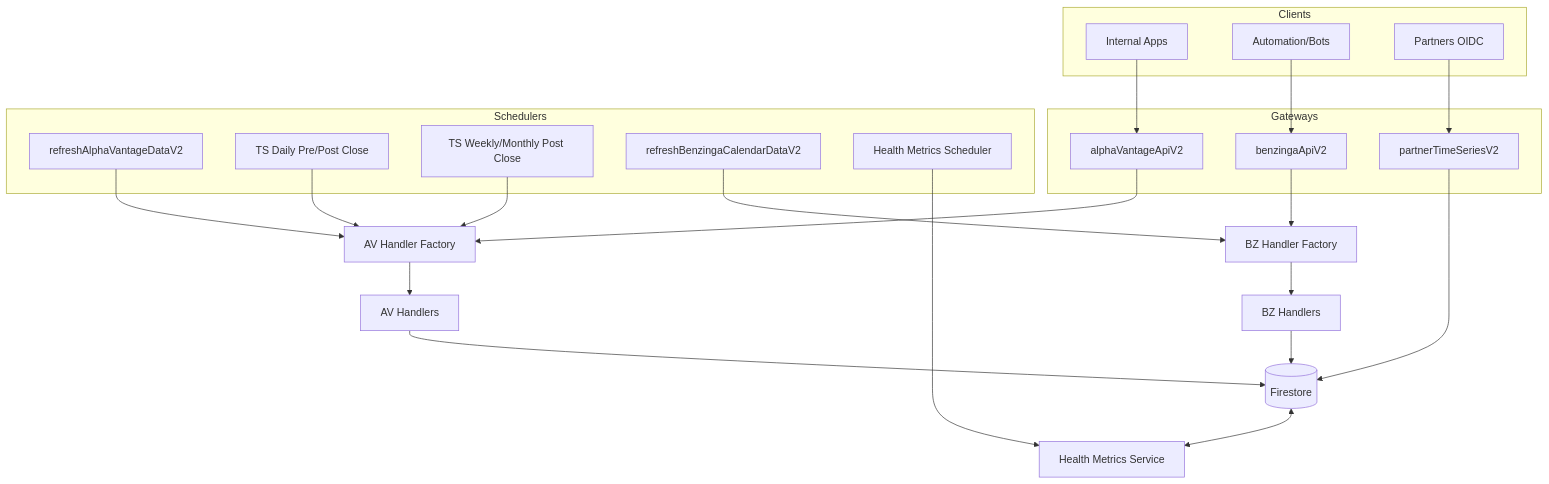
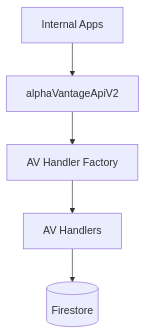
The first of 4 diagrams in docs/operations/backend-functions-overview.md (rinebob/av-proxy-api), drawn with Mermaid before and after one commit. The commit also changed other lines of this file and 3 other files, not shown here.

````diff
--- a/docs/operations/backend-functions-overview.md
+++ b/docs/operations/backend-functions-overview.md
@@ -69,44 +75,7 @@
 ```mermaid
 flowchart TB
-  subgraph Clients
-    A[Internal Apps]
-    B[Automation/Bots]
-    P[Partners OIDC]
-  end
-
-  subgraph Gateways
-    G[alphaVantageApiV2]
-    H[benzingaApiV2]
-    I[partnerTimeSeriesV2]
-  end
-
-  A --> G
-  B --> H
-  P --> I
-
+  A[Internal Apps] --> G[alphaVantageApiV2]
   G --> GF[AV Handler Factory]
-  H --> BF[BZ Handler Factory]
-
   GF --> AH[AV Handlers]
-  BF --> BH[BZ Handlers]
-
   AH --> FS[(Firestore)]
-  BH --> FS
-
-  subgraph Schedulers
-    S1[refreshAlphaVantageDataV2]
-    S2[TS Daily Pre/Post Close]
-    S3[TS Weekly/Monthly Post Close]
-    S4[refreshBenzingaCalendarDataV2]
-    S5[Health Metrics Scheduler]
-  end
-
-  S1 --> GF
-  S2 --> GF
-  S3 --> GF
-  S4 --> BF
-  S5 --> FM[Health Metrics Service]
-
-  FS <--> FM
-  I --> FS
 ```
````
